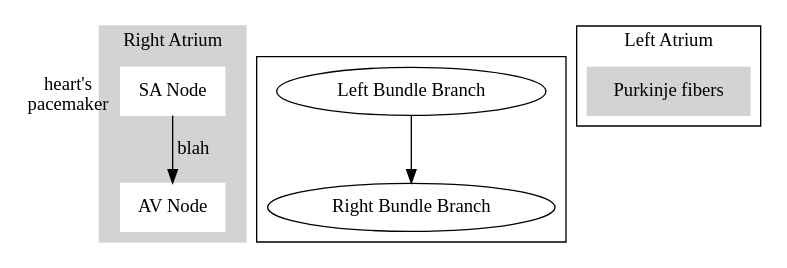
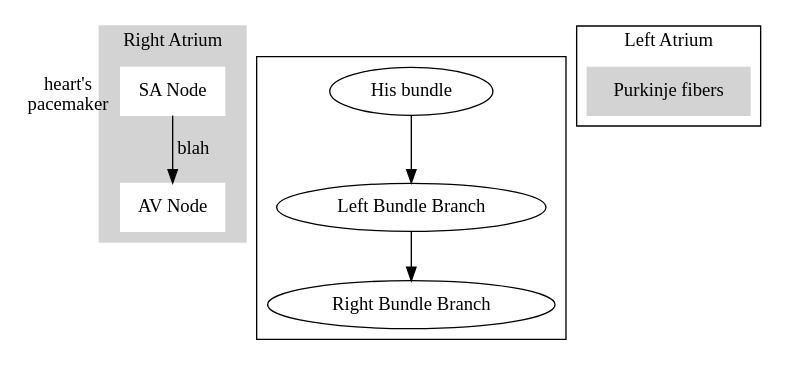
One commit to meirisoda/school_spring2024 changed the diagram in NURS380_Practicum/Topics/EKG/EKG and Rhythms.md. Above: the diagram before and after it, drawn with Graphviz.

Commit message:
vault backup: 2024-02-19 16:57:15

````diff
--- a/NURS380_Practicum/Topics/EKG/EKG and Rhythms.md
+++ b/NURS380_Practicum/Topics/EKG/EKG and Rhythms.md
@@ -175,30 +175,31 @@
 ```dot
 digraph G {
 	subgraph cluster_0{
 		label="Right Atrium";
 		style=filled;
 		color=lightgrey;
 		node [style=filled,color=white];
 		orientation=L;
 		A [label="SA Node", xlabel="heart's\npacemaker", shape=box];
 		B [label="AV Node", shape=box];
 		
 		A -> B [label="blah"];
 	}
 	
 	subgraph cluster_1 {
+		D0 [label="His bundle"];
 		D1 [label="Left Bundle Branch"];
 		D2 [label="Right Bundle Branch"];
 
-		D1 -> D2
+		D0 -> D1 -> D2
 	}
 	
 	subgraph cluster_2 {
 		label="Left Atrium";
 		node [style=filled, color=lightgrey];
 		C [label="Purkinje fibers", shape=box];
 	}
 
 	
 }
 ```
````
